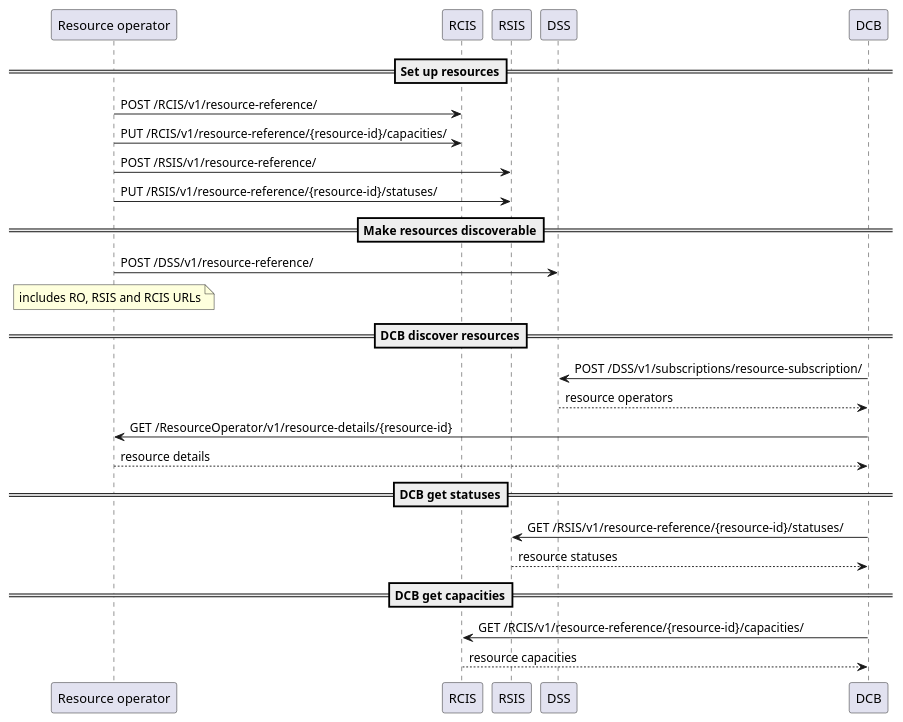
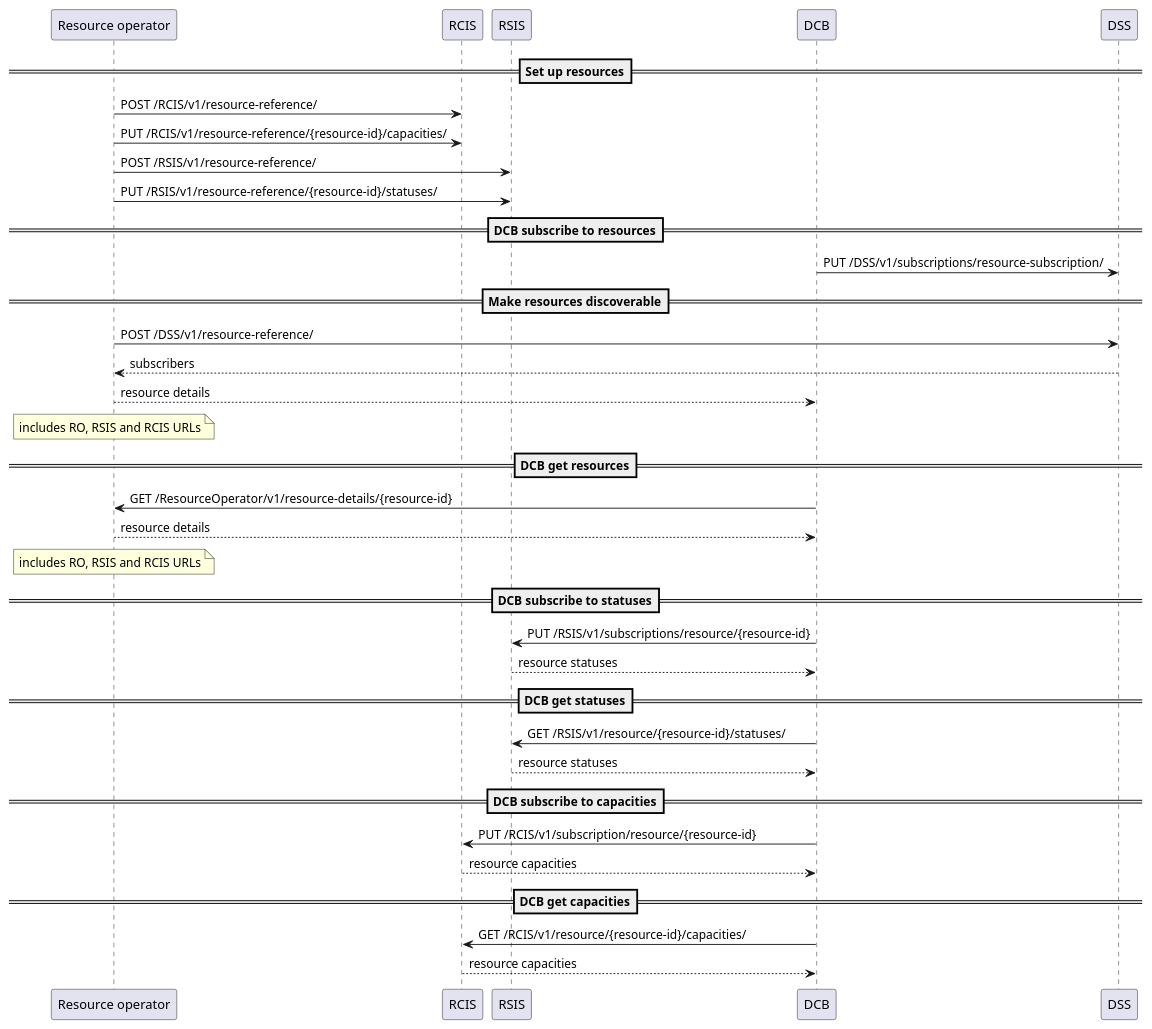
Before and after one commit to JaqpottCTO/ASTM_UTMAPI: the diagram in resource-sequence.puml, drawn with PlantUML. The commit also changed 1 other file, not shown here.

Commit message:
initial dss api spec based on utm spec

```diff
--- a/resource-sequence.puml
+++ b/resource-sequence.puml
@@ -1,24 +1,35 @@
 @startuml
 participant "Resource operator" as RO
 ==Set up resources==
 RO -> RCIS: POST /RCIS/v1/resource-reference/
 RO -> RCIS: PUT /RCIS/v1/resource-reference/{resource-id}/capacities/
 RO -> RSIS: POST /RSIS/v1/resource-reference/
 RO -> RSIS: PUT /RSIS/v1/resource-reference/{resource-id}/statuses/
+==DCB subscribe to resources==
+DCB -> DSS: PUT /DSS/v1/subscriptions/resource-subscription/
 ==Make resources discoverable==
 RO -> DSS: POST /DSS/v1/resource-reference/
+DSS --> RO: subscribers
+DCB <-- RO: resource details
 note over RO
 includes RO, RSIS and RCIS URLs
 end note
-==DCB discover resources==
-DCB -> DSS: POST /DSS/v1/subscriptions/resource-subscription/
-DCB <-- DSS: resource operators
+==DCB get resources==
 DCB -> RO: GET /ResourceOperator/v1/resource-details/{resource-id}
 DCB <-- RO: resource details
+note over RO
+includes RO, RSIS and RCIS URLs
+end note
+==DCB subscribe to statuses==
+DCB -> RSIS: PUT /RSIS/v1/subscriptions/resource/{resource-id}
+DCB <-- RSIS: resource statuses
 ==DCB get statuses==
-DCB -> RSIS: GET /RSIS/v1/resource-reference/{resource-id}/statuses/
+DCB -> RSIS: GET /RSIS/v1/resource/{resource-id}/statuses/
 DCB <-- RSIS: resource statuses
+==DCB subscribe to capacities==
+DCB -> RCIS: PUT /RCIS/v1/subscription/resource/{resource-id}
+DCB <-- RCIS: resource capacities
 ==DCB get capacities==
-DCB -> RCIS: GET /RCIS/v1/resource-reference/{resource-id}/capacities/
+DCB -> RCIS: GET /RCIS/v1/resource/{resource-id}/capacities/
 DCB <-- RCIS: resource capacities
 @enduml
```
